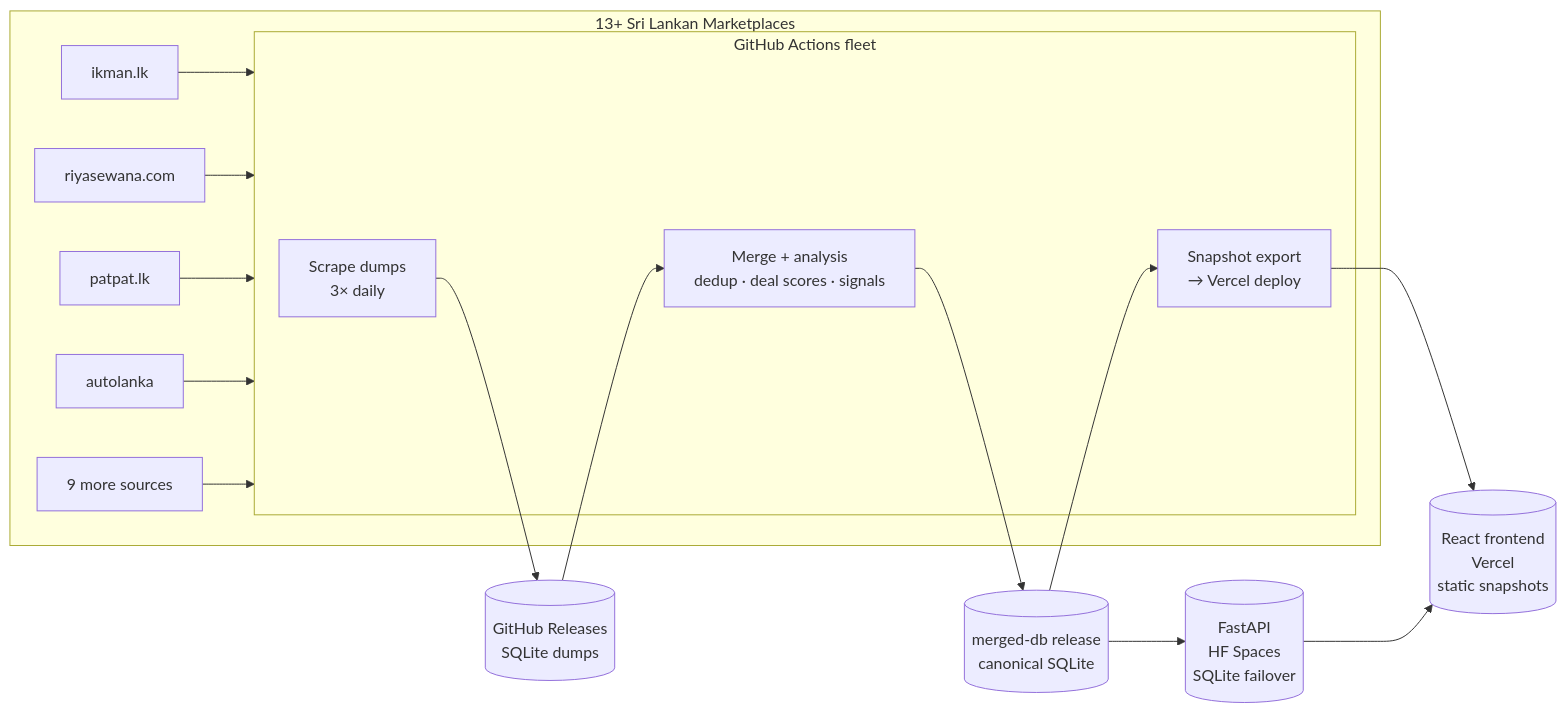
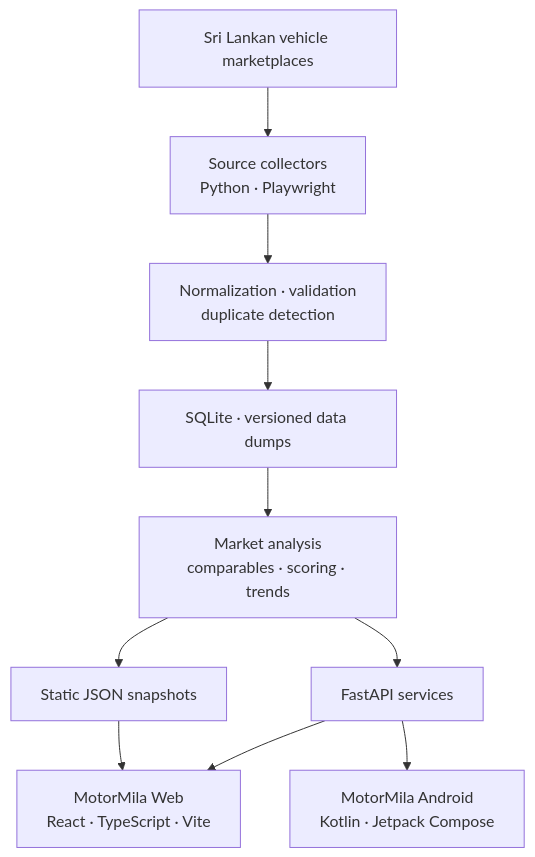
Before and after one commit to SuvenSeo/MotorMila: the diagram in README.md, drawn with Mermaid. The commit also changed other lines of this file, not shown here.

Commit message:
docs: redesign MotorMila README as cinematic product showcase

````diff
--- a/README.md
+++ b/README.md
@@ -119,24 +144,12 @@
-```mermaid
-flowchart LR
-    subgraph Sources["13+ Sri Lankan Marketplaces"]
-        IK[ikman.lk] --> GH
-        RI[riyasewana.com] --> GH
-        PA[patpat.lk] --> GH
-        AL[autolanka] --> GH
-        OT[9 more sources] --> GH
-    end
-
-    subgraph GH["GitHub Actions fleet"]
-        SC["Scrape dumps<br/>3× daily"]
-        MA["Merge + analysis<br/>dedup · deal scores · signals"]
-        EX["Snapshot export<br/>→ Vercel deploy"]
-    end
-
-    SC --> REL[("GitHub Releases<br/>SQLite dumps")]
-    REL --> MA
-    MA --> REL2[("merged-db release<br/>canonical SQLite")]
-    REL2 --> EX
-    EX --> FE[("React frontend<br/>Vercel<br/>static snapshots")]
-    REL2 --> API[("FastAPI<br/>HF Spaces<br/>SQLite failover")]
-    API --> FE
-```
+~~~mermaid
+flowchart TD
+    A["Sri Lankan vehicle marketplaces"] --> B["Source collectors<br/>Python · Playwright"]
+    B --> C["Normalization · validation<br/>duplicate detection"]
+    C --> D["SQLite · versioned data dumps"]
+    D --> E["Market analysis<br/>comparables · scoring · trends"]
+    E --> F["Static JSON snapshots"]
+    E --> G["FastAPI services"]
+    F --> H["MotorMila Web<br/>React · TypeScript · Vite"]
+    G --> H
+    G --> I["MotorMila Android<br/>Kotlin · Jetpack Compose"]
+~~~
````
